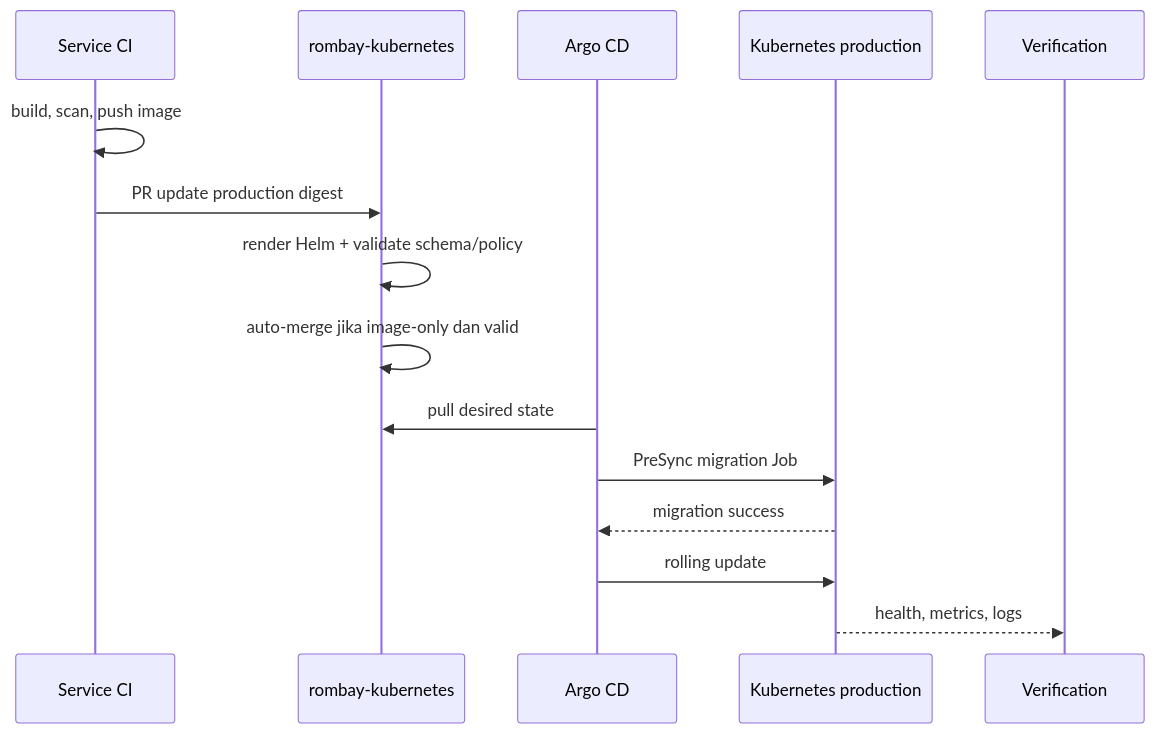
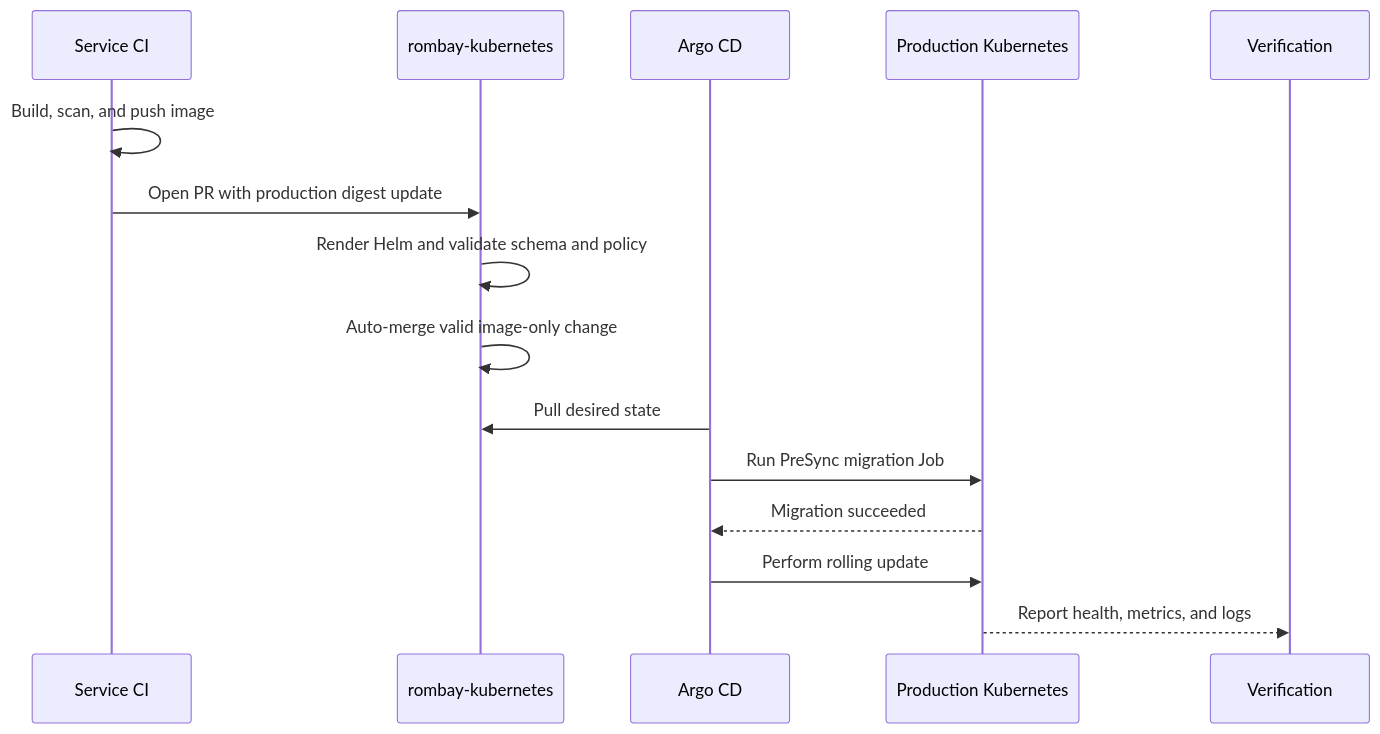
One commit to rombay-tbk/rombay changed the fifth of 5 diagrams in docs/pipeline-architecture.md. Above: the diagram before and after it, drawn with Mermaid. The commit also changed other lines of this file and 1 other file, not shown here.

Commit message:
docs: translate pipeline architecture to English

````diff
--- a/docs/pipeline-architecture.md
+++ b/docs/pipeline-architecture.md
@@ -216,18 +216,18 @@
 ```mermaid
 sequenceDiagram
   participant CI as Service CI
   participant KR as rombay-kubernetes
   participant AR as Argo CD
-  participant K8S as Kubernetes production
+  participant K8S as Production Kubernetes
   participant OBS as Verification
 
-  CI->>CI: build, scan, push image
-  CI->>KR: PR update production digest
-  KR->>KR: render Helm + validate schema/policy
-  KR->>KR: auto-merge jika image-only dan valid
-  AR->>KR: pull desired state
-  AR->>K8S: PreSync migration Job
-  K8S-->>AR: migration success
-  AR->>K8S: rolling update
-  K8S-->>OBS: health, metrics, logs
+  CI->>CI: Build, scan, and push image
+  CI->>KR: Open PR with production digest update
+  KR->>KR: Render Helm and validate schema and policy
+  KR->>KR: Auto-merge valid image-only change
+  AR->>KR: Pull desired state
+  AR->>K8S: Run PreSync migration Job
+  K8S-->>AR: Migration succeeded
+  AR->>K8S: Perform rolling update
+  K8S-->>OBS: Report health, metrics, and logs
 ```
````
